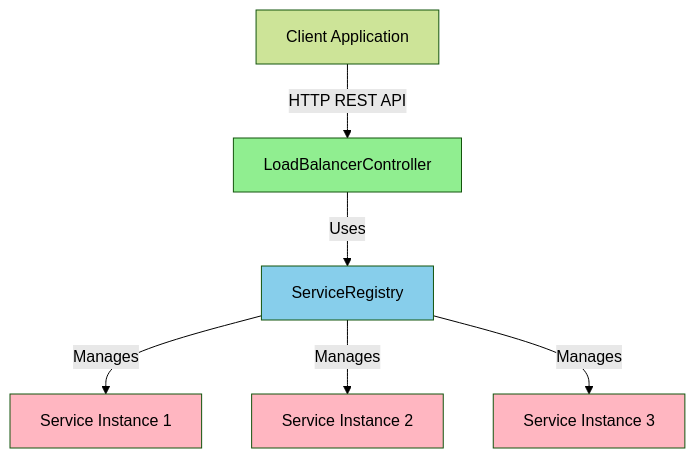
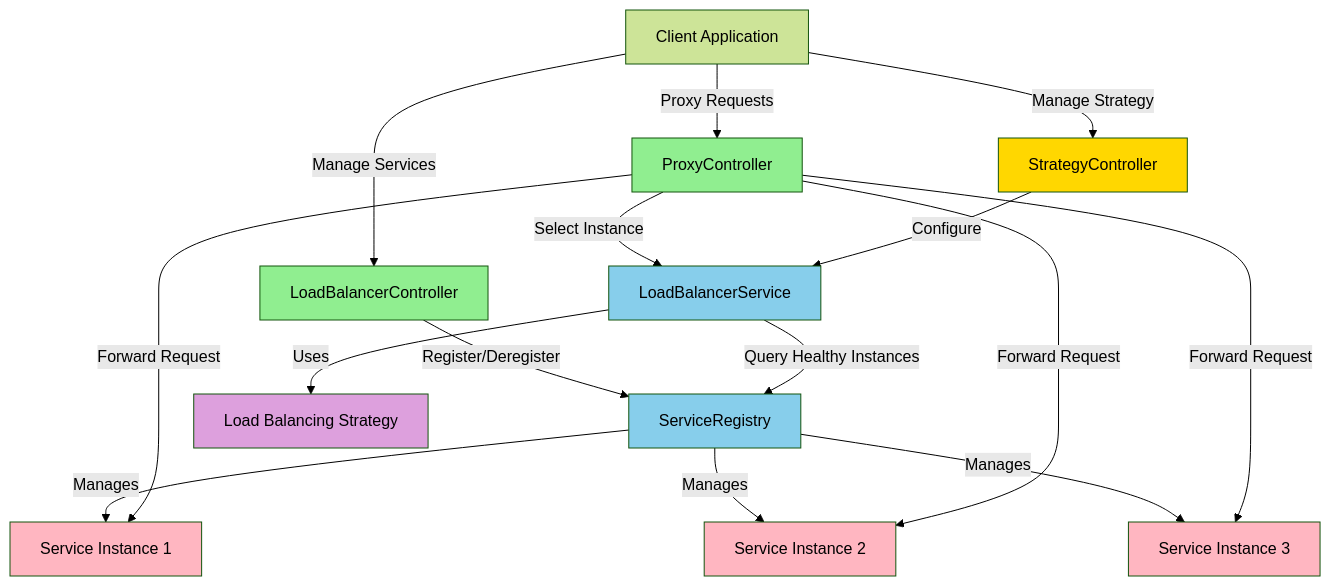
Before and after one commit to empeje/tdd-playground: the first of 5 diagrams in packages/java-exercise/DESIGN.md, drawn with Mermaid (forest theme). The commit also changed other lines of this file and 11 other files, not shown here.

Commit message:
Add complete load balancing implementation with strategies and proxying

````diff
--- a/packages/java-exercise/DESIGN.md
+++ b/packages/java-exercise/DESIGN.md
@@ -169,21 +271,42 @@
 ```mermaid
 graph TB
     Client[Client Application]
+    PC[ProxyController]
+    SC[StrategyController]
     LBC[LoadBalancerController]
+    LBS[LoadBalancerService]
     SR[ServiceRegistry]
+    Strategy[Load Balancing Strategy]
     SI1[Service Instance 1]
     SI2[Service Instance 2]
     SI3[Service Instance 3]
 
-    Client -->|HTTP REST API| LBC
-    LBC -->|Uses| SR
+    Client -->|Proxy Requests| PC
+    Client -->|Manage Services| LBC
+    Client -->|Manage Strategy| SC
+    
+    PC -->|Select Instance| LBS
+    SC -->|Configure| LBS
+    LBC -->|Register/Deregister| SR
+    
+    LBS -->|Uses| Strategy
+    LBS -->|Query Healthy Instances| SR
+    
     SR -->|Manages| SI1
     SR -->|Manages| SI2
     SR -->|Manages| SI3
+    
+    PC -->|Forward Request| SI1
+    PC -->|Forward Request| SI2
+    PC -->|Forward Request| SI3
 
+    style PC fill:#90EE90
+    style SC fill:#FFD700
     style LBC fill:#90EE90
+    style LBS fill:#87CEEB
     style SR fill:#87CEEB
+    style Strategy fill:#DDA0DD
     style SI1 fill:#FFB6C1
     style SI2 fill:#FFB6C1
     style SI3 fill:#FFB6C1
 ```
````
